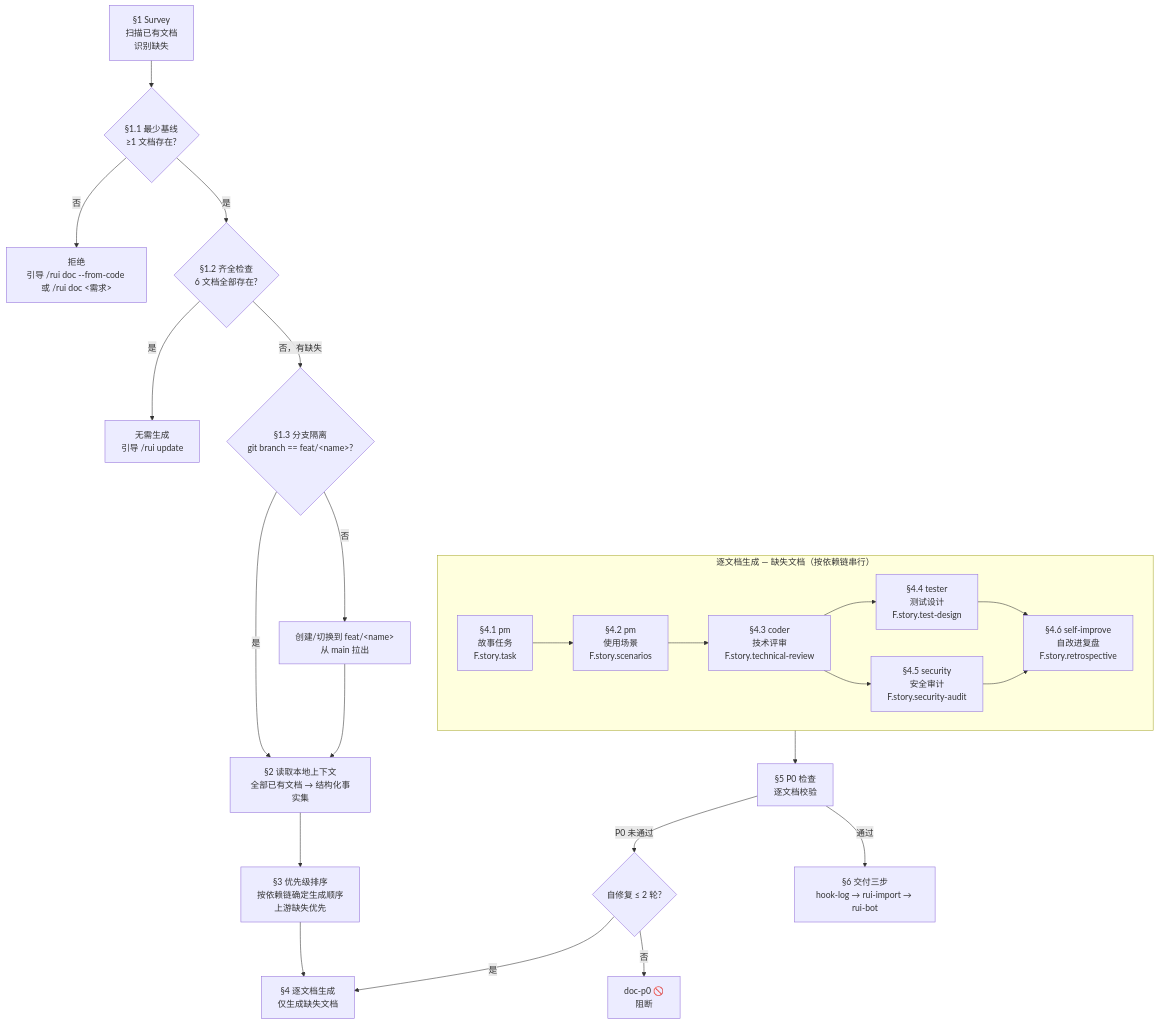
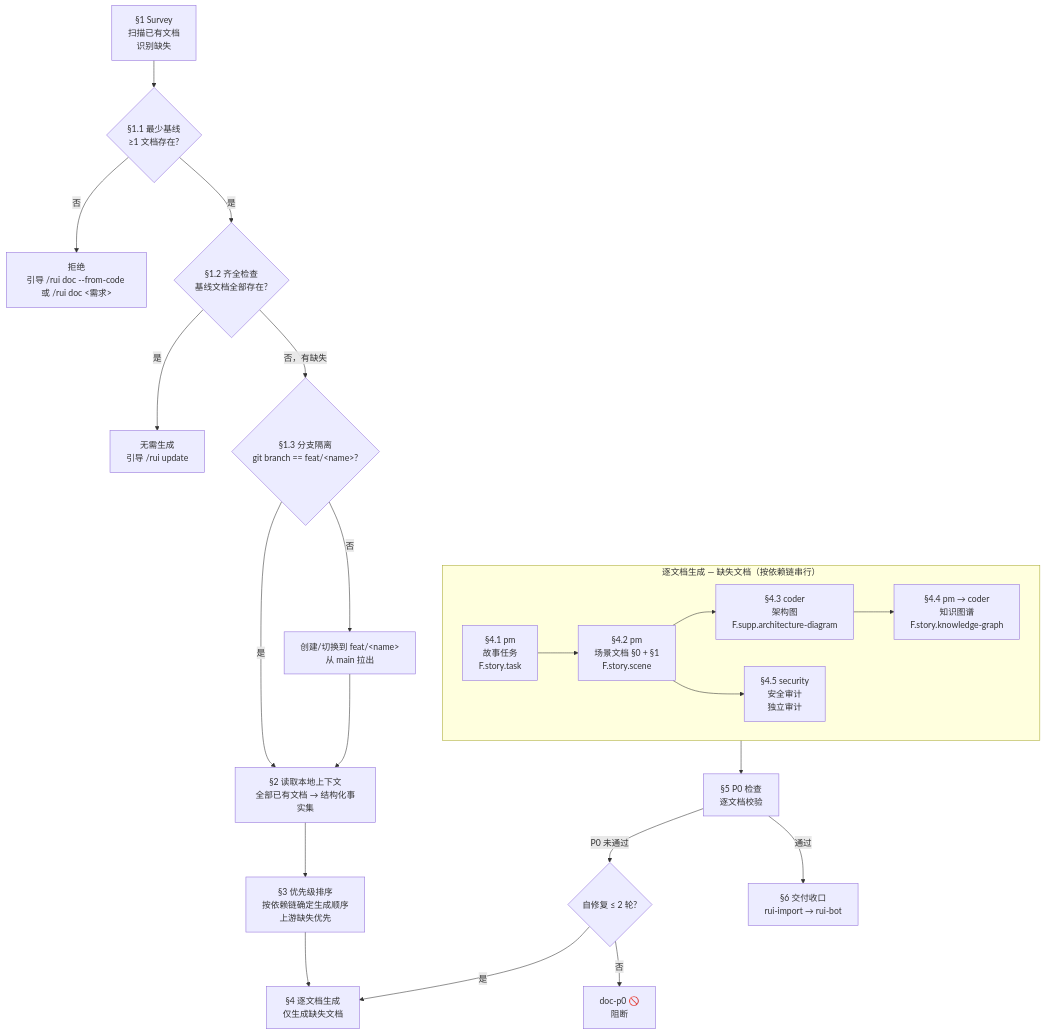
Before and after one commit to effiy/YrY: diagram 16 of 16 in skills/rui/SKILL.md, drawn with Mermaid. The commit also changed other lines of this file and 37 other files, not shown here.

````diff
--- a/skills/rui/SKILL.md
+++ b/skills/rui/SKILL.md
@@ -967,33 +954,31 @@
 ```mermaid
 flowchart TD
     SURVEY["§1 Survey<br/>扫描已有文档<br/>识别缺失"]:::s --> MIN{"§1.1 最少基线<br/>≥1 文档存在?"}:::gate
     MIN -->|"否"| REFUSE["拒绝<br/>引导 /rui doc --from-code 或 /rui doc <需求>"]:::bad
-    MIN -->|"是"| ALL{"§1.2 齐全检查<br/>6 文档全部存在?"}:::gate
+    MIN -->|"是"| ALL{"§1.2 齐全检查<br/>基线文档全部存在?"}:::gate
     ALL -->|"是"| SKIP["无需生成<br/>引导 /rui update <name>"]:::warn
     ALL -->|"否，有缺失"| BRANCH{"§1.3 分支隔离<br/>git branch == feat/&lt;name&gt;?"}:::gate
     BRANCH -->|"否"| SWITCH["创建/切换到 feat/&lt;name&gt;<br/>从 main 拉出"]:::block
     BRANCH -->|"是"| READ["§2 读取本地上下文<br/>全部已有文档 → 结构化事实集"]:::s
     SWITCH --> READ
     READ --> PRIORITY["§3 优先级排序<br/>按依赖链确定生成顺序<br/>上游缺失优先"]:::s
     PRIORITY --> GEN["§4 逐文档生成<br/>仅生成缺失文档"]:::s
     
     subgraph GENSUB["逐文档生成 — 缺失文档（按依赖链串行）"]
         direction LR
         D1["§4.1 pm<br/>故事任务<br/>F.story.task"]:::agent
-        D2["§4.2 pm<br/>使用场景<br/>F.story.scenarios"]:::agent
-        D3["§4.3 coder<br/>技术评审<br/>F.story.technical-review"]:::agent
-        D4["§4.4 tester<br/>测试设计<br/>F.story.test-design"]:::agent
-        D5["§4.5 security<br/>安全审计<br/>F.story.security-audit"]:::agent
-        D6["§4.6 self-improve<br/>自改进复盘<br/>F.story.retrospective"]:::agent
+        D2["§4.2 pm<br/>场景文档 §0 + §1<br/>F.story.scene"]:::agent
+        D3["§4.3 coder<br/>架构图<br/>F.supp.architecture-diagram"]:::agent
+        D4["§4.4 pm → coder<br/>知识图谱<br/>F.story.knowledge-graph"]:::agent
+        D5["§4.5 security<br/>安全审计<br/>独立审计"]:::agent
         D1 --> D2 --> D3 --> D4
-        D3 --> D5
-        D4 & D5 --> D6
+        D2 --> D5
     end
 
     GENSUB --> CHECK["§5 P0 检查<br/>逐文档校验"]:::s
     CHECK -->|"P0 未通过"| RETRY{"自修复 ≤ 2 轮?"}:::gate
     RETRY -->|"是"| GEN
     RETRY -->|"否"| BLOCK_DOC["doc-p0 🚫<br/>阻断"]:::bad
-    CHECK -->|"通过"| DELIVER["§6 交付三步<br/>hook-log → rui-import → rui-bot"]:::s
+    CHECK -->|"通过"| DELIVER["§6 交付收口<br/>rui-import → rui-bot"]:::s
 
 ```
````
